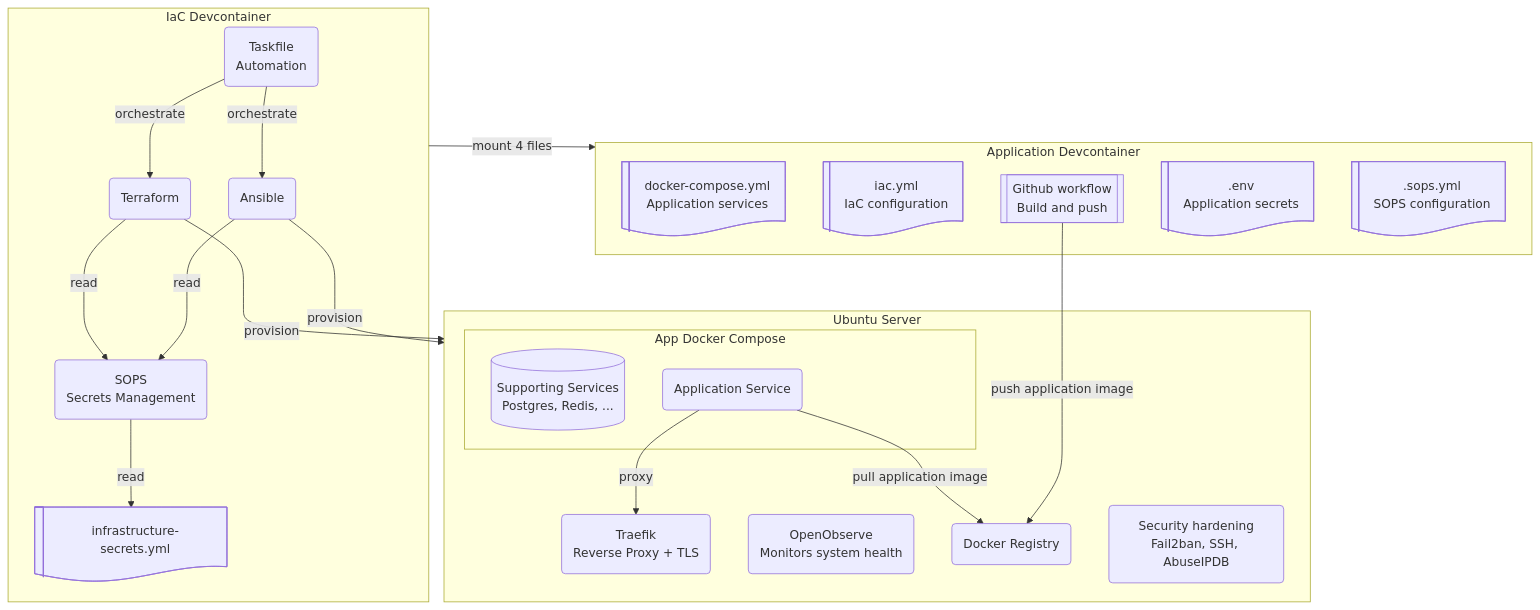
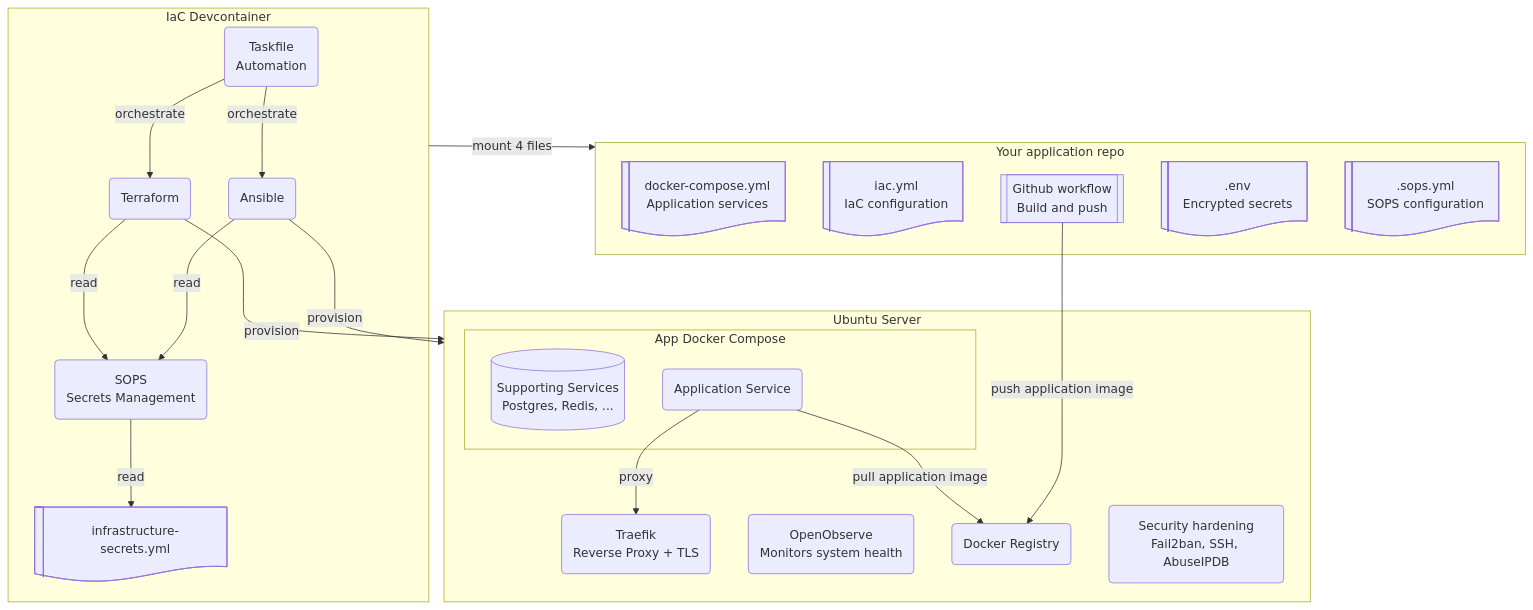
Before and after one commit to rednaw/iac: the diagram in docs/README.md, drawn with Mermaid. The commit also changed 2 other files, not shown here.

````diff
--- a/docs/README.md
+++ b/docs/README.md
@@ -7,47 +7,47 @@
 ```mermaid
 graph TB
     subgraph IAC[IaC Devcontainer]
         TASK(Taskfile<br/>Automation)
         SOPS(SOPS<br/>Secrets Management)
         TF(Terraform)
         ANS(Ansible)
         INFRA_SECRETS@{ shape: lin-doc, label: "infrastructure-secrets.yml" }
     end
 
     subgraph SERVER[Ubuntu Server]
       TRAEFIK(Traefik<br/>Reverse Proxy + TLS)
       subgraph DOCKER[App Docker Compose]
         SUPPORTING_SERVICES@{ shape: cyl, label: "Supporting Services<br/>Postgres, Redis, ..." }
         APP_SERVICE(Application Service)
       end
       OBSERVE(OpenObserve<br/>Monitors system health)
       REGISTRY(Docker Registry)
       SEC(Security hardening<br/>Fail2ban, SSH, AbuseIPDB)
     end
 
-    subgraph APP[Application Devcontainer]
+    subgraph APP[Your application repo]
       COMPOSE@{ shape: lin-doc, label: "docker-compose.yml<br/>Application services" }
       IAC_YML@{ shape: lin-doc, label: "iac.yml<br/>IaC configuration" }
       PUSH@{ shape: subproc, label: "Github workflow<br/>Build and push" }
-      APP_SECRETS@{ shape: lin-doc, label: ".env<br/>Application secrets" }
+      APP_SECRETS@{ shape: lin-doc, label: ".env<br/>Encrypted secrets" }
       SOPS_CONFIG@{ shape: lin-doc, label: ".sops.yml<br/>SOPS configuration" }
     end
 
     IAC -->|mount 4 files| APP
     
     TASK -->|orchestrate| TF
     TASK -->|orchestrate| ANS
 
     SOPS -->|read| INFRA_SECRETS
         
     TF -->|provision| SERVER
     TF -->|read| SOPS
     
     ANS -->|provision| SERVER
     ANS -->|read| SOPS
 
     APP_SERVICE -->|pull application image| REGISTRY
     PUSH --->|push application image| REGISTRY 
     
     APP_SERVICE -->|proxy| TRAEFIK
 ```
````
